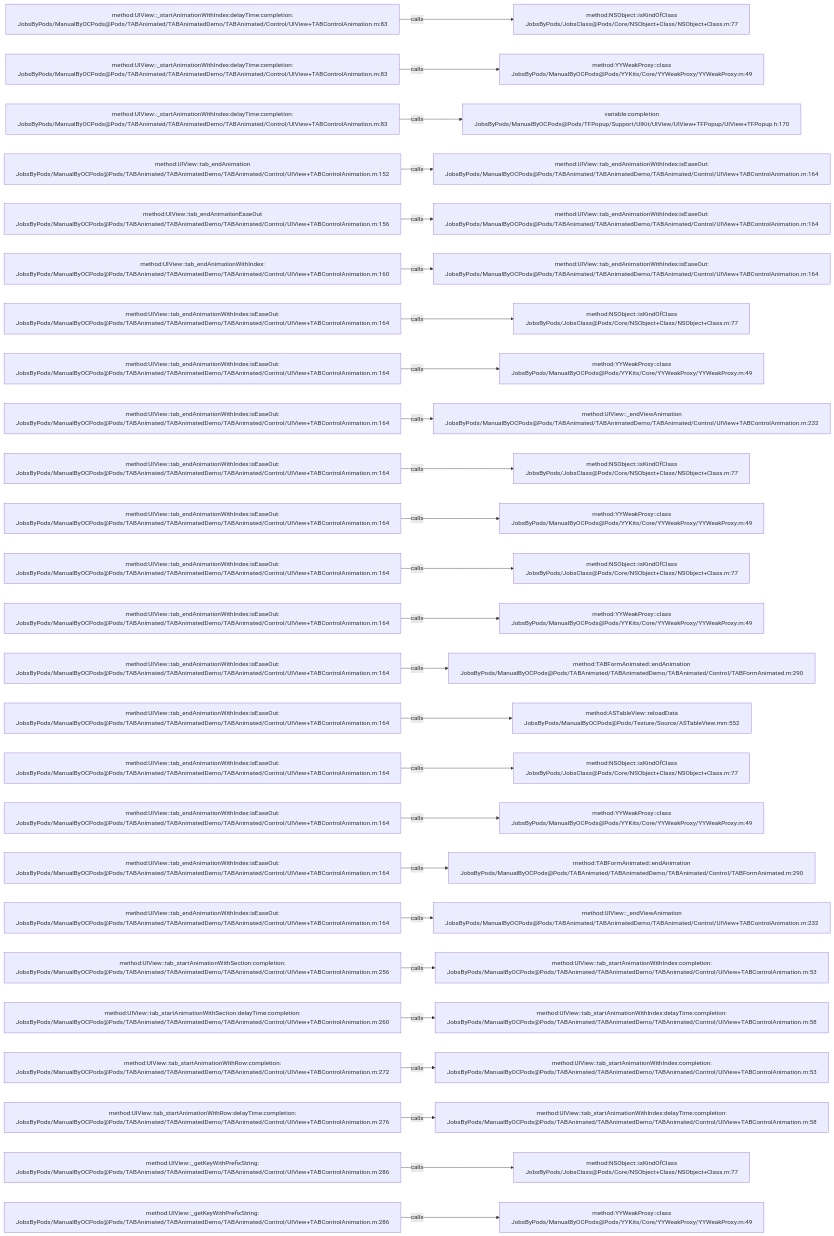
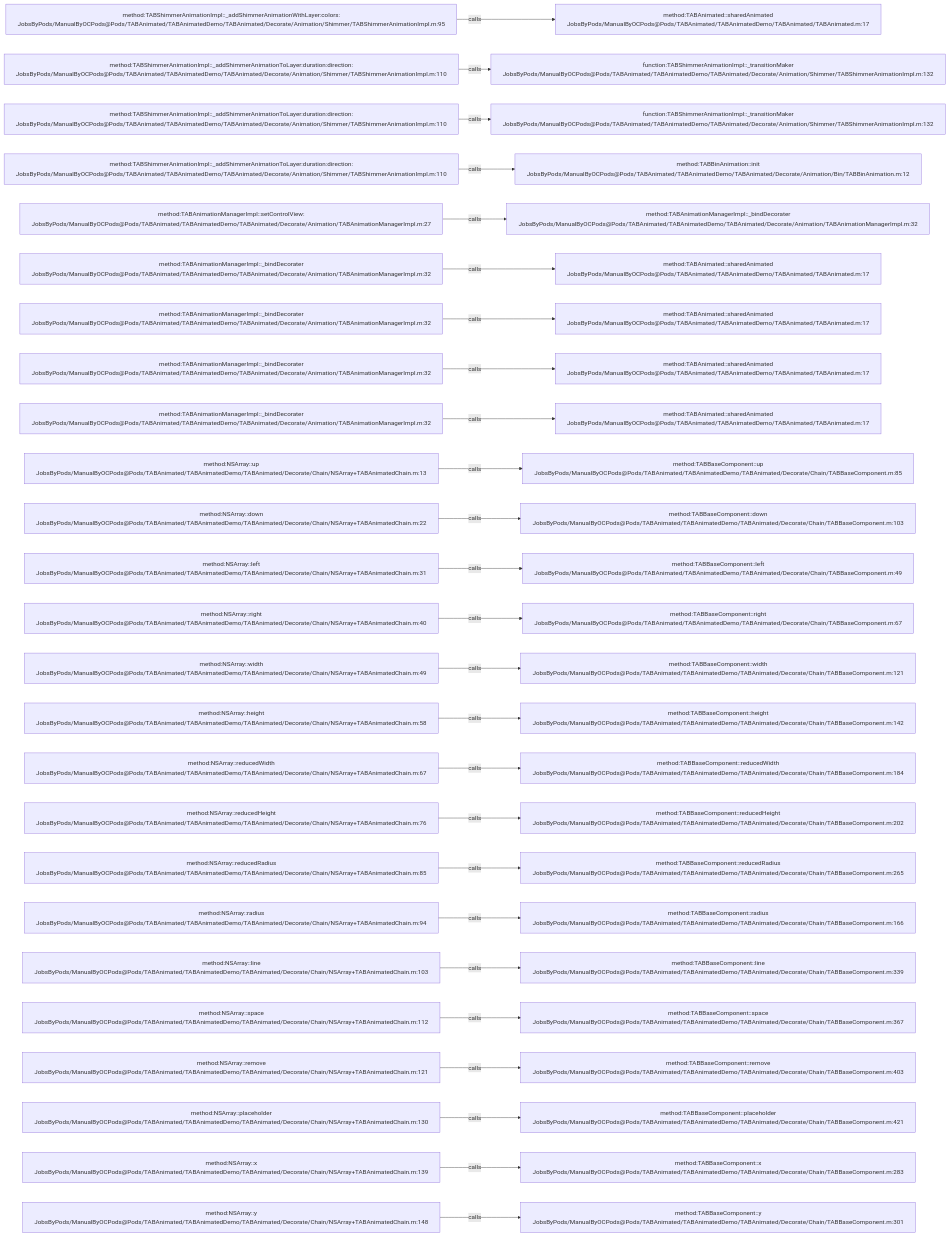
Before and after one commit to JobsKits/JobsOCBaseConfigDemo: the diagram in .codegraph/codegraph.md/graphs/calls-019.md, drawn with Mermaid. The commit also changed 2723 other files, not shown here.

````diff
--- a/.codegraph/codegraph.md/graphs/calls-019.md
+++ b/.codegraph/codegraph.md/graphs/calls-019.md
@@ -13,78 +13,78 @@
 ```mermaid
 flowchart LR
-  S1["method:UIView::_startAnimationWithIndex:delayTime:completion:<br/>JobsByPods/ManualByOCPods@Pods/TABAnimated/TABAnimatedDemo/TABAnimated/Control/UIView+TABControlAnimation.m:83"]
-  T1["method:NSObject::isKindOfClass<br/>JobsByPods/JobsClass@Pods/Core/NSObject+Class/NSObject+Class.m:77"]
+  S1["method:TABShimmerAnimationImpl::_addShimmerAnimationWithLayer:colors:<br/>JobsByPods/ManualByOCPods@Pods/TABAnimated/TABAnimatedDemo/TABAnimated/Decorate/Animation/Shimmer/TABShimmerAnimationImpl.m:95"]
+  T1["method:TABAnimated::sharedAnimated<br/>JobsByPods/ManualByOCPods@Pods/TABAnimated/TABAnimatedDemo/TABAnimated/TABAnimated.m:17"]
   S1 -->|calls| T1
-  S2["method:UIView::_startAnimationWithIndex:delayTime:completion:<br/>JobsByPods/ManualByOCPods@Pods/TABAnimated/TABAnimatedDemo/TABAnimated/Control/UIView+TABControlAnimation.m:83"]
-  T2["method:YYWeakProxy::class<br/>JobsByPods/ManualByOCPods@Pods/YYKits/Core/YYWeakProxy/YYWeakProxy.m:49"]
+  S2["method:TABShimmerAnimationImpl::_addShimmerAnimationToLayer:duration:direction:<br/>JobsByPods/ManualByOCPods@Pods/TABAnimated/TABAnimatedDemo/TABAnimated/Decorate/Animation/Shimmer/TABShimmerAnimationImpl.m:110"]
+  T2["function:TABShimmerAnimationImpl::_transitionMaker<br/>JobsByPods/ManualByOCPods@Pods/TABAnimated/TABAnimatedDemo/TABAnimated/Decorate/Animation/Shimmer/TABShimmerAnimationImpl.m:132"]
   S2 -->|calls| T2
-  S3["method:UIView::_startAnimationWithIndex:delayTime:completion:<br/>JobsByPods/ManualByOCPods@Pods/TABAnimated/TABAnimatedDemo/TABAnimated/Control/UIView+TABControlAnimation.m:83"]
-  T3["variable:completion<br/>JobsByPods/ManualByOCPods@Pods/TFPopup/Support/UIKit/UIView/UIView+TFPopup/UIView+TFPopup.h:170"]
+  S3["method:TABShimmerAnimationImpl::_addShimmerAnimationToLayer:duration:direction:<br/>JobsByPods/ManualByOCPods@Pods/TABAnimated/TABAnimatedDemo/TABAnimated/Decorate/Animation/Shimmer/TABShimmerAnimationImpl.m:110"]
+  T3["function:TABShimmerAnimationImpl::_transitionMaker<br/>JobsByPods/ManualByOCPods@Pods/TABAnimated/TABAnimatedDemo/TABAnimated/Decorate/Animation/Shimmer/TABShimmerAnimationImpl.m:132"]
   S3 -->|calls| T3
-  S4["method:UIView::tab_endAnimation<br/>JobsByPods/ManualByOCPods@Pods/TABAnimated/TABAnimatedDemo/TABAnimated/Control/UIView+TABControlAnimation.m:152"]
-  T4["method:UIView::tab_endAnimationWithIndex:isEaseOut:<br/>JobsByPods/ManualByOCPods@Pods/TABAnimated/TABAnimatedDemo/TABAnimated/Control/UIView+TABControlAnimation.m:164"]
+  S4["method:TABShimmerAnimationImpl::_addShimmerAnimationToLayer:duration:direction:<br/>JobsByPods/ManualByOCPods@Pods/TABAnimated/TABAnimatedDemo/TABAnimated/Decorate/Animation/Shimmer/TABShimmerAnimationImpl.m:110"]
+  T4["method:TABBinAnimation::init<br/>JobsByPods/ManualByOCPods@Pods/TABAnimated/TABAnimatedDemo/TABAnimated/Decorate/Animation/Bin/TABBinAnimation.m:12"]
   S4 -->|calls| T4
-  S5["method:UIView::tab_endAnimationEaseOut<br/>JobsByPods/ManualByOCPods@Pods/TABAnimated/TABAnimatedDemo/TABAnimated/Control/UIView+TABControlAnimation.m:156"]
-  T5["method:UIView::tab_endAnimationWithIndex:isEaseOut:<br/>JobsByPods/ManualByOCPods@Pods/TABAnimated/TABAnimatedDemo/TABAnimated/Control/UIView+TABControlAnimation.m:164"]
+  S5["method:TABAnimationManagerImpl::setControlView:<br/>JobsByPods/ManualByOCPods@Pods/TABAnimated/TABAnimatedDemo/TABAnimated/Decorate/Animation/TABAnimationManagerImpl.m:27"]
+  T5["method:TABAnimationManagerImpl::_bindDecorater<br/>JobsByPods/ManualByOCPods@Pods/TABAnimated/TABAnimatedDemo/TABAnimated/Decorate/Animation/TABAnimationManagerImpl.m:32"]
   S5 -->|calls| T5
-  S6["method:UIView::tab_endAnimationWithIndex:<br/>JobsByPods/ManualByOCPods@Pods/TABAnimated/TABAnimatedDemo/TABAnimated/Control/UIView+TABControlAnimation.m:160"]
-  T6["method:UIView::tab_endAnimationWithIndex:isEaseOut:<br/>JobsByPods/ManualByOCPods@Pods/TABAnimated/TABAnimatedDemo/TABAnimated/Control/UIView+TABControlAnimation.m:164"]
+  S6["method:TABAnimationManagerImpl::_bindDecorater<br/>JobsByPods/ManualByOCPods@Pods/TABAnimated/TABAnimatedDemo/TABAnimated/Decorate/Animation/TABAnimationManagerImpl.m:32"]
+  T6["method:TABAnimated::sharedAnimated<br/>JobsByPods/ManualByOCPods@Pods/TABAnimated/TABAnimatedDemo/TABAnimated/TABAnimated.m:17"]
   S6 -->|calls| T6
-  S7["method:UIView::tab_endAnimationWithIndex:isEaseOut:<br/>JobsByPods/ManualByOCPods@Pods/TABAnimated/TABAnimatedDemo/TABAnimated/Control/UIView+TABControlAnimation.m:164"]
-  T7["method:NSObject::isKindOfClass<br/>JobsByPods/JobsClass@Pods/Core/NSObject+Class/NSObject+Class.m:77"]
+  S7["method:TABAnimationManagerImpl::_bindDecorater<br/>JobsByPods/ManualByOCPods@Pods/TABAnimated/TABAnimatedDemo/TABAnimated/Decorate/Animation/TABAnimationManagerImpl.m:32"]
+  T7["method:TABAnimated::sharedAnimated<br/>JobsByPods/ManualByOCPods@Pods/TABAnimated/TABAnimatedDemo/TABAnimated/TABAnimated.m:17"]
   S7 -->|calls| T7
-  S8["method:UIView::tab_endAnimationWithIndex:isEaseOut:<br/>JobsByPods/ManualByOCPods@Pods/TABAnimated/TABAnimatedDemo/TABAnimated/Control/UIView+TABControlAnimation.m:164"]
-  T8["method:YYWeakProxy::class<br/>JobsByPods/ManualByOCPods@Pods/YYKits/Core/YYWeakProxy/YYWeakProxy.m:49"]
+  S8["method:TABAnimationManagerImpl::_bindDecorater<br/>JobsByPods/ManualByOCPods@Pods/TABAnimated/TABAnimatedDemo/TABAnimated/Decorate/Animation/TABAnimationManagerImpl.m:32"]
+  T8["method:TABAnimated::sharedAnimated<br/>JobsByPods/ManualByOCPods@Pods/TABAnimated/TABAnimatedDemo/TABAnimated/TABAnimated.m:17"]
   S8 -->|calls| T8
-  S9["method:UIView::tab_endAnimationWithIndex:isEaseOut:<br/>JobsByPods/ManualByOCPods@Pods/TABAnimated/TABAnimatedDemo/TABAnimated/Control/UIView+TABControlAnimation.m:164"]
-  T9["method:UIView::_endViewAnimation<br/>JobsByPods/ManualByOCPods@Pods/TABAnimated/TABAnimatedDemo/TABAnimated/Control/UIView+TABControlAnimation.m:232"]
+  S9["method:TABAnimationManagerImpl::_bindDecorater<br/>JobsByPods/ManualByOCPods@Pods/TABAnimated/TABAnimatedDemo/TABAnimated/Decorate/Animation/TABAnimationManagerImpl.m:32"]
+  T9["method:TABAnimated::sharedAnimated<br/>JobsByPods/ManualByOCPods@Pods/TABAnimated/TABAnimatedDemo/TABAnimated/TABAnimated.m:17"]
   S9 -->|calls| T9
-  S10["method:UIView::tab_endAnimationWithIndex:isEaseOut:<br/>JobsByPods/ManualByOCPods@Pods/TABAnimated/TABAnimatedDemo/TABAnimated/Control/UIView+TABControlAnimation.m:164"]
-  T10["method:NSObject::isKindOfClass<br/>JobsByPods/JobsClass@Pods/Core/NSObject+Class/NSObject+Class.m:77"]
+  S10["method:NSArray::up<br/>JobsByPods/ManualByOCPods@Pods/TABAnimated/TABAnimatedDemo/TABAnimated/Decorate/Chain/NSArray+TABAnimatedChain.m:13"]
+  T10["method:TABBaseComponent::up<br/>JobsByPods/ManualByOCPods@Pods/TABAnimated/TABAnimatedDemo/TABAnimated/Decorate/Chain/TABBaseComponent.m:85"]
   S10 -->|calls| T10
-  S11["method:UIView::tab_endAnimationWithIndex:isEaseOut:<br/>JobsByPods/ManualByOCPods@Pods/TABAnimated/TABAnimatedDemo/TABAnimated/Control/UIView+TABControlAnimation.m:164"]
-  T11["method:YYWeakProxy::class<br/>JobsByPods/ManualByOCPods@Pods/YYKits/Core/YYWeakProxy/YYWeakProxy.m:49"]
+  S11["method:NSArray::down<br/>JobsByPods/ManualByOCPods@Pods/TABAnimated/TABAnimatedDemo/TABAnimated/Decorate/Chain/NSArray+TABAnimatedChain.m:22"]
+  T11["method:TABBaseComponent::down<br/>JobsByPods/ManualByOCPods@Pods/TABAnimated/TABAnimatedDemo/TABAnimated/Decorate/Chain/TABBaseComponent.m:103"]
   S11 -->|calls| T11
-  S12["method:UIView::tab_endAnimationWithIndex:isEaseOut:<br/>JobsByPods/ManualByOCPods@Pods/TABAnimated/TABAnimatedDemo/TABAnimated/Control/UIView+TABControlAnimation.m:164"]
-  T12["method:NSObject::isKindOfClass<br/>JobsByPods/JobsClass@Pods/Core/NSObject+Class/NSObject+Class.m:77"]
+  S12["method:NSArray::left<br/>JobsByPods/ManualByOCPods@Pods/TABAnimated/TABAnimatedDemo/TABAnimated/Decorate/Chain/NSArray+TABAnimatedChain.m:31"]
+  T12["method:TABBaseComponent::left<br/>JobsByPods/ManualByOCPods@Pods/TABAnimated/TABAnimatedDemo/TABAnimated/Decorate/Chain/TABBaseComponent.m:49"]
   S12 -->|calls| T12
-  S13["method:UIView::tab_endAnimationWithIndex:isEaseOut:<br/>JobsByPods/ManualByOCPods@Pods/TABAnimated/TABAnimatedDemo/TABAnimated/Control/UIView+TABControlAnimation.m:164"]
-  T13["method:YYWeakProxy::class<br/>JobsByPods/ManualByOCPods@Pods/YYKits/Core/YYWeakProxy/YYWeakProxy.m:49"]
+  S13["method:NSArray::right<br/>JobsByPods/ManualByOCPods@Pods/TABAnimated/TABAnimatedDemo/TABAnimated/Decorate/Chain/NSArray+TABAnimatedChain.m:40"]
+  T13["method:TABBaseComponent::right<br/>JobsByPods/ManualByOCPods@Pods/TABAnimated/TABAnimatedDemo/TABAnimated/Decorate/Chain/TABBaseComponent.m:67"]
   S13 -->|calls| T13
-  S14["method:UIView::tab_endAnimationWithIndex:isEaseOut:<br/>JobsByPods/ManualByOCPods@Pods/TABAnimated/TABAnimatedDemo/TABAnimated/Control/UIView+TABControlAnimation.m:164"]
-  T14["method:TABFormAnimated::endAnimation<br/>JobsByPods/ManualByOCPods@Pods/TABAnimated/TABAnimatedDemo/TABAnimated/Control/TABFormAnimated.m:290"]
+  S14["method:NSArray::width<br/>JobsByPods/ManualByOCPods@Pods/TABAnimated/TABAnimatedDemo/TABAnimated/Decorate/Chain/NSArray+TABAnimatedChain.m:49"]
+  T14["method:TABBaseComponent::width<br/>JobsByPods/ManualByOCPods@Pods/TABAnimated/TABAnimatedDemo/TABAnimated/Decorate/Chain/TABBaseComponent.m:121"]
   S14 -->|calls| T14
-  S15["method:UIView::tab_endAnimationWithIndex:isEaseOut:<br/>JobsByPods/ManualByOCPods@Pods/TABAnimated/TABAnimatedDemo/TABAnimated/Control/UIView+TABControlAnimation.m:164"]
-  T15["method:ASTableView::reloadData<br/>JobsByPods/ManualByOCPods@Pods/Texture/Source/ASTableView.mm:552"]
+  S15["method:NSArray::height<br/>JobsByPods/ManualByOCPods@Pods/TABAnimated/TABAnimatedDemo/TABAnimated/Decorate/Chain/NSArray+TABAnimatedChain.m:58"]
+  T15["method:TABBaseComponent::height<br/>JobsByPods/ManualByOCPods@Pods/TABAnimated/TABAnimatedDemo/TABAnimated/Decorate/Chain/TABBaseComponent.m:142"]
   S15 -->|calls| T15
-  S16["method:UIView::tab_endAnimationWithIndex:isEaseOut:<br/>JobsByPods/ManualByOCPods@Pods/TABAnimated/TABAnimatedDemo/TABAnimated/Control/UIView+TABControlAnimation.m:164"]
-  T16["method:NSObject::isKindOfClass<br/>JobsByPods/JobsClass@Pods/Core/NSObject+Class/NSObject+Class.m:77"]
+  S16["method:NSArray::reducedWidth<br/>JobsByPods/ManualByOCPods@Pods/TABAnimated/TABAnimatedDemo/TABAnimated/Decorate/Chain/NSArray+TABAnimatedChain.m:67"]
+  T16["method:TABBaseComponent::reducedWidth<br/>JobsByPods/ManualByOCPods@Pods/TABAnimated/TABAnimatedDemo/TABAnimated/Decorate/Chain/TABBaseComponent.m:184"]
   S16 -->|calls| T16
-  S17["method:UIView::tab_endAnimationWithIndex:isEaseOut:<br/>JobsByPods/ManualByOCPods@Pods/TABAnimated/TABAnimatedDemo/TABAnimated/Control/UIView+TABControlAnimation.m:164"]
-  T17["method:YYWeakProxy::class<br/>JobsByPods/ManualByOCPods@Pods/YYKits/Core/YYWeakProxy/YYWeakProxy.m:49"]
+  S17["method:NSArray::reducedHeight<br/>JobsByPods/ManualByOCPods@Pods/TABAnimated/TABAnimatedDemo/TABAnimated/Decorate/Chain/NSArray+TABAnimatedChain.m:76"]
+  T17["method:TABBaseComponent::reducedHeight<br/>JobsByPods/ManualByOCPods@Pods/TABAnimated/TABAnimatedDemo/TABAnimated/Decorate/Chain/TABBaseComponent.m:202"]
   S17 -->|calls| T17
-  S18["method:UIView::tab_endAnimationWithIndex:isEaseOut:<br/>JobsByPods/ManualByOCPods@Pods/TABAnimated/TABAnimatedDemo/TABAnimated/Control/UIView+TABControlAnimation.m:164"]
-  T18["method:TABFormAnimated::endAnimation<br/>JobsByPods/ManualByOCPods@Pods/TABAnimated/TABAnimatedDemo/TABAnimated/Control/TABFormAnimated.m:290"]
+  S18["method:NSArray::reducedRadius<br/>JobsByPods/ManualByOCPods@Pods/TABAnimated/TABAnimatedDemo/TABAnimated/Decorate/Chain/NSArray+TABAnimatedChain.m:85"]
+  T18["method:TABBaseComponent::reducedRadius<br/>JobsByPods/ManualByOCPods@Pods/TABAnimated/TABAnimatedDemo/TABAnimated/Decorate/Chain/TABBaseComponent.m:265"]
   S18 -->|calls| T18
-  S19["method:UIView::tab_endAnimationWithIndex:isEaseOut:<br/>JobsByPods/ManualByOCPods@Pods/TABAnimated/TABAnimatedDemo/TABAnimated/Control/UIView+TABControlAnimation.m:164"]
-  T19["method:UIView::_endViewAnimation<br/>JobsByPods/ManualByOCPods@Pods/TABAnimated/TABAnimatedDemo/TABAnimated/Control/UIView+TABControlAnimation.m:232"]
+  S19["method:NSArray::radius<br/>JobsByPods/ManualByOCPods@Pods/TABAnimated/TABAnimatedDemo/TABAnimated/Decorate/Chain/NSArray+TABAnimatedChain.m:94"]
+  T19["method:TABBaseComponent::radius<br/>JobsByPods/ManualByOCPods@Pods/TABAnimated/TABAnimatedDemo/TABAnimated/Decorate/Chain/TABBaseComponent.m:166"]
   S19 -->|calls| T19
-  S20["method:UIView::tab_startAnimationWithSection:completion:<br/>JobsByPods/ManualByOCPods@Pods/TABAnimated/TABAnimatedDemo/TABAnimated/Control/UIView+TABControlAnimation.m:256"]
-  T20["method:UIView::tab_startAnimationWithIndex:completion:<br/>JobsByPods/ManualByOCPods@Pods/TABAnimated/TABAnimatedDemo/TABAnimated/Control/UIView+TABControlAnimation.m:53"]
+  S20["method:NSArray::line<br/>JobsByPods/ManualByOCPods@Pods/TABAnimated/TABAnimatedDemo/TABAnimated/Decorate/Chain/NSArray+TABAnimatedChain.m:103"]
+  T20["method:TABBaseComponent::line<br/>JobsByPods/ManualByOCPods@Pods/TABAnimated/TABAnimatedDemo/TABAnimated/Decorate/Chain/TABBaseComponent.m:339"]
   S20 -->|calls| T20
-  S21["method:UIView::tab_startAnimationWithSection:delayTime:completion:<br/>JobsByPods/ManualByOCPods@Pods/TABAnimated/TABAnimatedDemo/TABAnimated/Control/UIView+TABControlAnimation.m:260"]
-  T21["method:UIView::tab_startAnimationWithIndex:delayTime:completion:<br/>JobsByPods/ManualByOCPods@Pods/TABAnimated/TABAnimatedDemo/TABAnimated/Control/UIView+TABControlAnimation.m:58"]
+  S21["method:NSArray::space<br/>JobsByPods/ManualByOCPods@Pods/TABAnimated/TABAnimatedDemo/TABAnimated/Decorate/Chain/NSArray+TABAnimatedChain.m:112"]
+  T21["method:TABBaseComponent::space<br/>JobsByPods/ManualByOCPods@Pods/TABAnimated/TABAnimatedDemo/TABAnimated/Decorate/Chain/TABBaseComponent.m:367"]
   S21 -->|calls| T21
-  S22["method:UIView::tab_startAnimationWithRow:completion:<br/>JobsByPods/ManualByOCPods@Pods/TABAnimated/TABAnimatedDemo/TABAnimated/Control/UIView+TABControlAnimation.m:272"]
-  T22["method:UIView::tab_startAnimationWithIndex:completion:<br/>JobsByPods/ManualByOCPods@Pods/TABAnimated/TABAnimatedDemo/TABAnimated/Control/UIView+TABControlAnimation.m:53"]
+  S22["method:NSArray::remove<br/>JobsByPods/ManualByOCPods@Pods/TABAnimated/TABAnimatedDemo/TABAnimated/Decorate/Chain/NSArray+TABAnimatedChain.m:121"]
+  T22["method:TABBaseComponent::remove<br/>JobsByPods/ManualByOCPods@Pods/TABAnimated/TABAnimatedDemo/TABAnimated/Decorate/Chain/TABBaseComponent.m:403"]
   S22 -->|calls| T22
-  S23["method:UIView::tab_startAnimationWithRow:delayTime:completion:<br/>JobsByPods/ManualByOCPods@Pods/TABAnimated/TABAnimatedDemo/TABAnimated/Control/UIView+TABControlAnimation.m:276"]
-  T23["method:UIView::tab_startAnimationWithIndex:delayTime:completion:<br/>JobsByPods/ManualByOCPods@Pods/TABAnimated/TABAnimatedDemo/TABAnimated/Control/UIView+TABControlAnimation.m:58"]
+  S23["method:NSArray::placeholder<br/>JobsByPods/ManualByOCPods@Pods/TABAnimated/TABAnimatedDemo/TABAnimated/Decorate/Chain/NSArray+TABAnimatedChain.m:130"]
+  T23["method:TABBaseComponent::placeholder<br/>JobsByPods/ManualByOCPods@Pods/TABAnimated/TABAnimatedDemo/TABAnimated/Decorate/Chain/TABBaseComponent.m:421"]
   S23 -->|calls| T23
-  S24["method:UIView::_getKeyWithPrefixString:<br/>JobsByPods/ManualByOCPods@Pods/TABAnimated/TABAnimatedDemo/TABAnimated/Control/UIView+TABControlAnimation.m:286"]
-  T24["method:NSObject::isKindOfClass<br/>JobsByPods/JobsClass@Pods/Core/NSObject+Class/NSObject+Class.m:77"]
+  S24["method:NSArray::x<br/>JobsByPods/ManualByOCPods@Pods/TABAnimated/TABAnimatedDemo/TABAnimated/Decorate/Chain/NSArray+TABAnimatedChain.m:139"]
+  T24["method:TABBaseComponent::x<br/>JobsByPods/ManualByOCPods@Pods/TABAnimated/TABAnimatedDemo/TABAnimated/Decorate/Chain/TABBaseComponent.m:283"]
   S24 -->|calls| T24
-  S25["method:UIView::_getKeyWithPrefixString:<br/>JobsByPods/ManualByOCPods@Pods/TABAnimated/TABAnimatedDemo/TABAnimated/Control/UIView+TABControlAnimation.m:286"]
-  T25["method:YYWeakProxy::class<br/>JobsByPods/ManualByOCPods@Pods/YYKits/Core/YYWeakProxy/YYWeakProxy.m:49"]
+  S25["method:NSArray::y<br/>JobsByPods/ManualByOCPods@Pods/TABAnimated/TABAnimatedDemo/TABAnimated/Decorate/Chain/NSArray+TABAnimatedChain.m:148"]
+  T25["method:TABBaseComponent::y<br/>JobsByPods/ManualByOCPods@Pods/TABAnimated/TABAnimatedDemo/TABAnimated/Decorate/Chain/TABBaseComponent.m:301"]
   S25 -->|calls| T25
 ```
````
